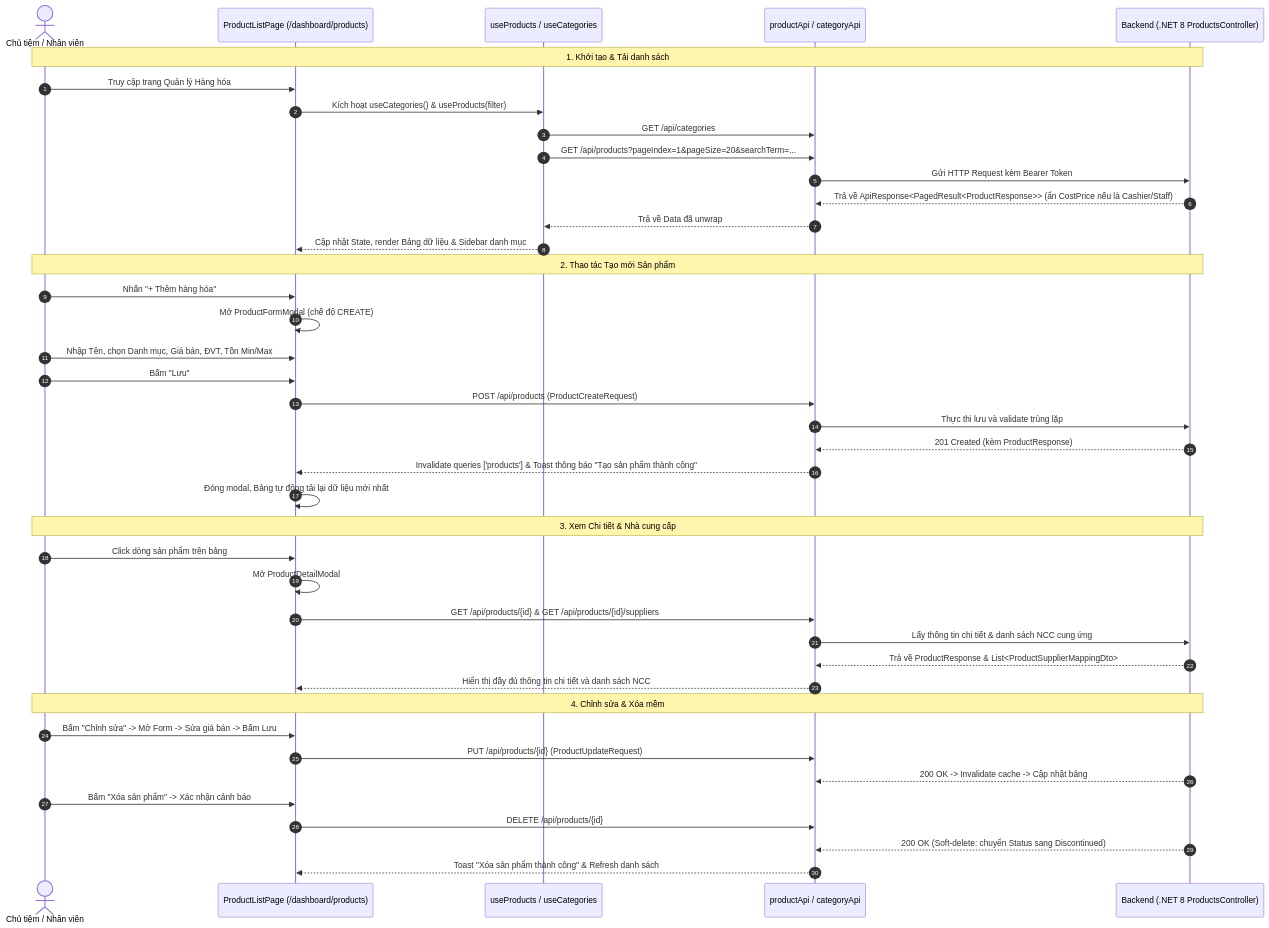
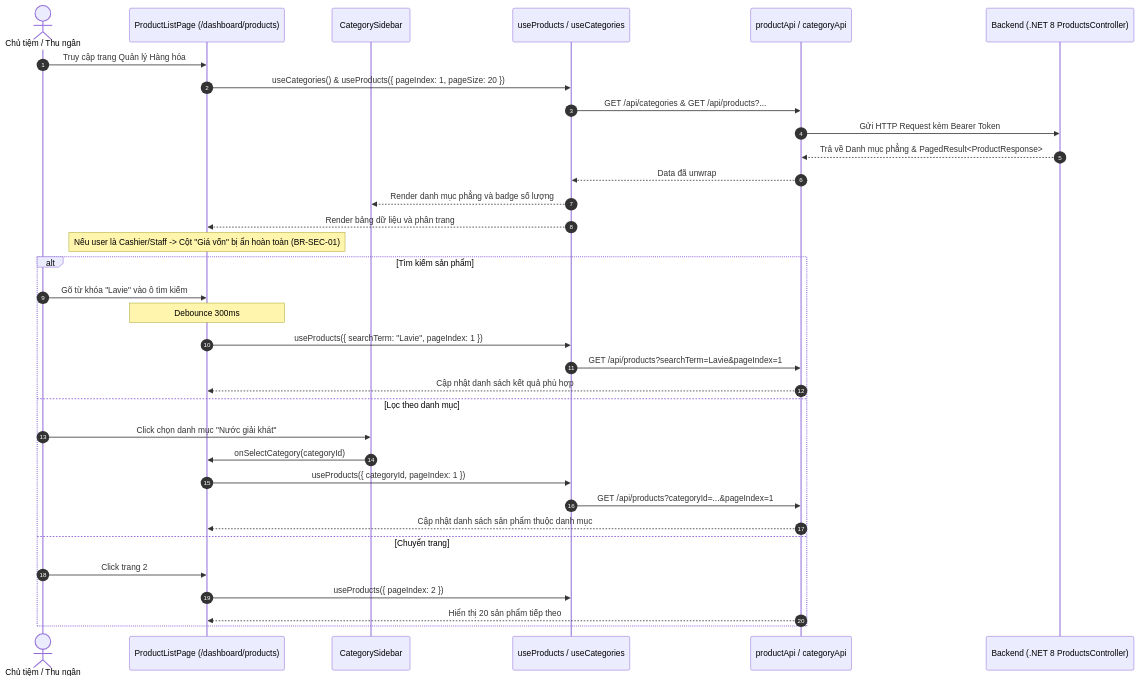
One commit to SEP490-G84-MTGRMS/ai-team-kit changed the diagram in team-ai-knowledge/openspec/changes/product-management-ui/design-brief.md. Above: the diagram before and after it, drawn with Mermaid. The commit also changed other lines of this file and 1 other file, not shown here.

Commit message:
sep(product-management-ui): update design-brief.md

````diff
--- a/team-ai-knowledge/openspec/changes/product-management-ui/design-brief.md
+++ b/team-ai-knowledge/openspec/changes/product-management-ui/design-brief.md
@@ -6,47 +6,38 @@
 ```mermaid
 sequenceDiagram
     autonumber
-    actor User as Chủ tiệm / Nhân viên
+    actor User as Chủ tiệm / Thu ngân
     participant UI as ProductListPage (/dashboard/products)
+    participant Side as CategorySidebar
     participant Hook as useProducts / useCategories
     participant API as productApi / categoryApi
     participant BE as Backend (.NET 8 ProductsController)
 
-    Note over User,BE: 1. Khởi tạo & Tải danh sách
     User->>UI: Truy cập trang Quản lý Hàng hóa
-    UI->>Hook: Kích hoạt useCategories() & useProducts(filter)
-    Hook->>API: GET /api/categories
-    Hook->>API: GET /api/products?pageIndex=1&pageSize=20&searchTerm=...
+    UI->>Hook: useCategories() & useProducts({ pageIndex: 1, pageSize: 20 })
+    Hook->>API: GET /api/categories & GET /api/products?...
     API->>BE: Gửi HTTP Request kèm Bearer Token
-    BE-->>API: Trả về ApiResponse<PagedResult<ProductResponse>> (ẩn CostPrice nếu là Cashier/Staff)
-    API-->>Hook: Trả về Data đã unwrap
-    Hook-->>UI: Cập nhật State, render Bảng dữ liệu & Sidebar danh mục
+    BE-->>API: Trả về Danh mục phẳng & PagedResult<ProductResponse>
+    API-->>Hook: Data đã unwrap
+    Hook-->>Side: Render danh mục phẳng và badge số lượng
+    Hook-->>UI: Render bảng dữ liệu và phân trang
+    Note over UI: Nếu user là Cashier/Staff -> Cột "Giá vốn" bị ẩn hoàn toàn (BR-SEC-01)
 
-    Note over User,BE: 2. Thao tác Tạo mới Sản phẩm
-    User->>UI: Nhấn "+ Thêm hàng hóa"
-    UI->>UI: Mở ProductFormModal (chế độ CREATE)
-    User->>UI: Nhập Tên, chọn Danh mục, Giá bán, ĐVT, Tồn Min/Max
-    User->>UI: Bấm "Lưu"
-    UI->>API: POST /api/products (ProductCreateRequest)
-    API->>BE: Thực thi lưu và validate trùng lặp
-    BE-->>API: 201 Created (kèm ProductResponse)
-    API-->>UI: Invalidate queries ['products'] & Toast thông báo "Tạo sản phẩm thành công"
-    UI->>UI: Đóng modal, Bảng tự động tải lại dữ liệu mới nhất
-
-    Note over User,BE: 3. Xem Chi tiết & Nhà cung cấp
-    User->>UI: Click dòng sản phẩm trên bảng
-    UI->>UI: Mở ProductDetailModal
-    UI->>API: GET /api/products/{id} & GET /api/products/{id}/suppliers
-    API->>BE: Lấy thông tin chi tiết & danh sách NCC cung ứng
-    BE-->>API: Trả về ProductResponse & List<ProductSupplierMappingDto>
-    API-->>UI: Hiển thị đầy đủ thông tin chi tiết và danh sách NCC
-
-    Note over User,BE: 4. Chỉnh sửa & Xóa mềm
-    User->>UI: Bấm "Chỉnh sửa" -> Mở Form -> Sửa giá bán -> Bấm Lưu
-    UI->>API: PUT /api/products/{id} (ProductUpdateRequest)
-    BE-->>API: 200 OK -> Invalidate cache -> Cập nhật bảng
-    User->>UI: Bấm "Xóa sản phẩm" -> Xác nhận cảnh báo
-    UI->>API: DELETE /api/products/{id}
-    BE-->>API: 200 OK (Soft-delete: chuyển Status sang Discontinued)
-    API-->>UI: Toast "Xóa sản phẩm thành công" & Refresh danh sách
+    alt Tìm kiếm sản phẩm
+        User->>UI: Gõ từ khóa "Lavie" vào ô tìm kiếm
+        Note over UI: Debounce 300ms
+        UI->>Hook: useProducts({ searchTerm: "Lavie", pageIndex: 1 })
+        Hook->>API: GET /api/products?searchTerm=Lavie&pageIndex=1
+        API-->>UI: Cập nhật danh sách kết quả phù hợp
+    else Lọc theo danh mục
+        User->>Side: Click chọn danh mục "Nước giải khát"
+        Side->>UI: onSelectCategory(categoryId)
+        UI->>Hook: useProducts({ categoryId, pageIndex: 1 })
+        Hook->>API: GET /api/products?categoryId=...&pageIndex=1
+        API-->>UI: Cập nhật danh sách sản phẩm thuộc danh mục
+    else Chuyển trang
+        User->>UI: Click trang 2
+        UI->>Hook: useProducts({ pageIndex: 2 })
+        API-->>UI: Hiển thị 20 sản phẩm tiếp theo
+    end
 ```
````
